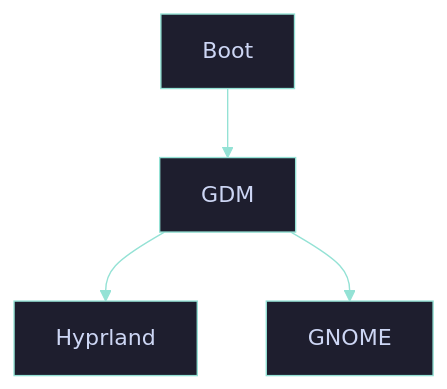
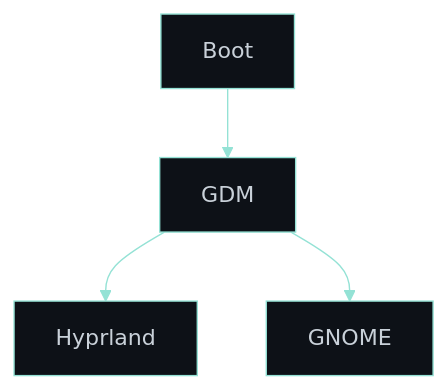
The diagram in README.md (RomeoCavazza/nixos-config), drawn with Mermaid before and after one commit. The commit also changed 10 other files, not shown here.

Commit message:
docs: use neutral github dark palette for all diagrams

````diff
--- a/README.md
+++ b/README.md
@@ -69,12 +69,12 @@
 ```mermaid
-%%{init: {'theme': 'base', 'themeVariables': { 'primaryColor': '#181825', 'secondaryColor': '#1e1e2e', 'tertiaryColor': '#1e1e2e', 'primaryBorderColor': '#94e2d5', 'lineColor': '#94e2d5', 'primaryTextColor': '#cdd6f4', 'mainBkg': '#1e1e2e', 'clusterBkg': '#181825', 'clusterBorder': '#45475a' }}}%%
+%%{init: {'theme': 'base', 'themeVariables': { 'primaryColor': '#161b22', 'secondaryColor': '#0d1117', 'tertiaryColor': '#0d1117', 'primaryBorderColor': '#94e2d5', 'lineColor': '#94e2d5', 'primaryTextColor': '#c9d1d9', 'mainBkg': '#0d1117', 'clusterBkg': '#161b22', 'clusterBorder': '#30363d' }}}%%
 flowchart TB
   Boot["Boot"]
   GDM["GDM"]
   H["Hyprland"]
   G["GNOME"]
 
   Boot --> GDM
   GDM --> H
   GDM --> G
 ```
````
